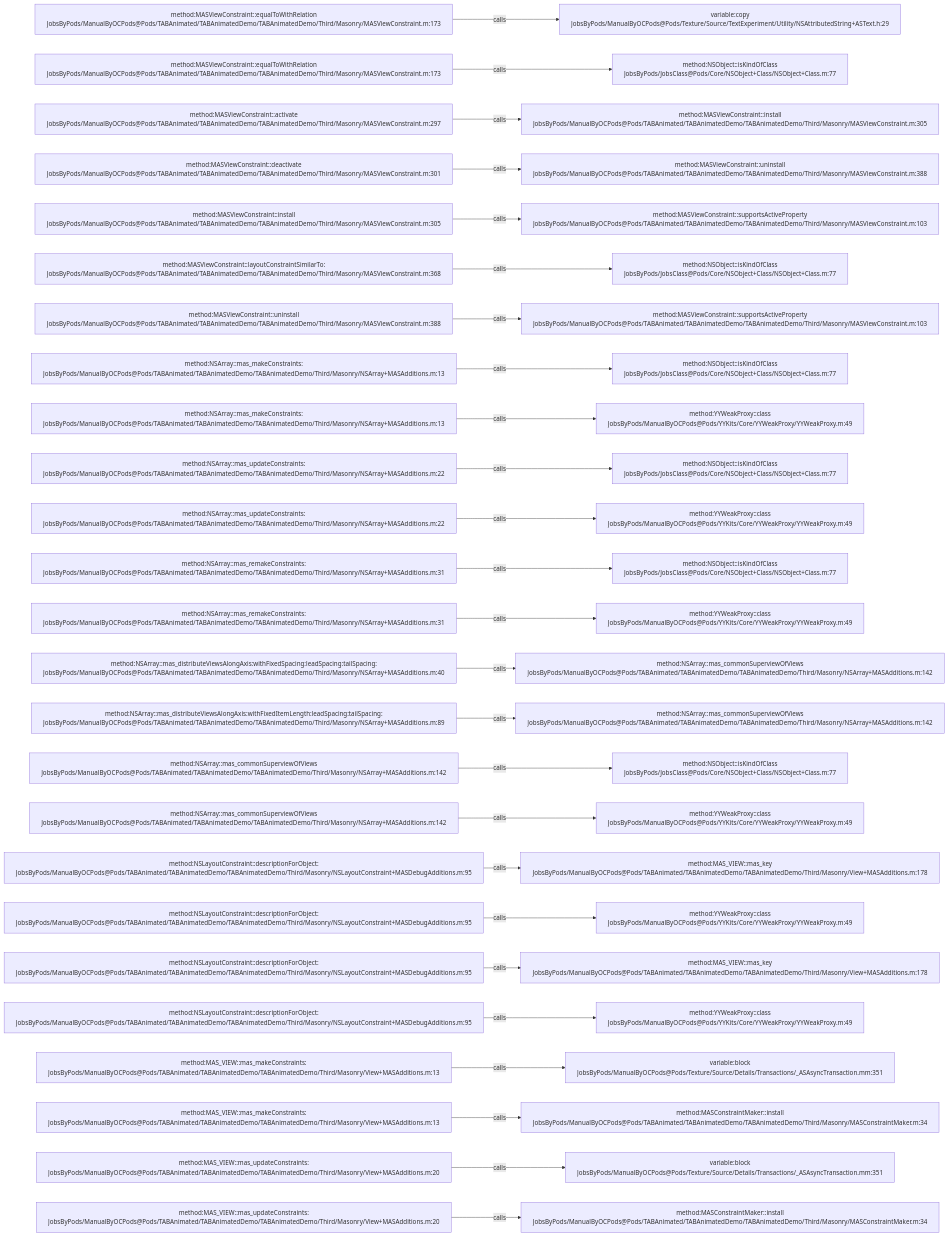
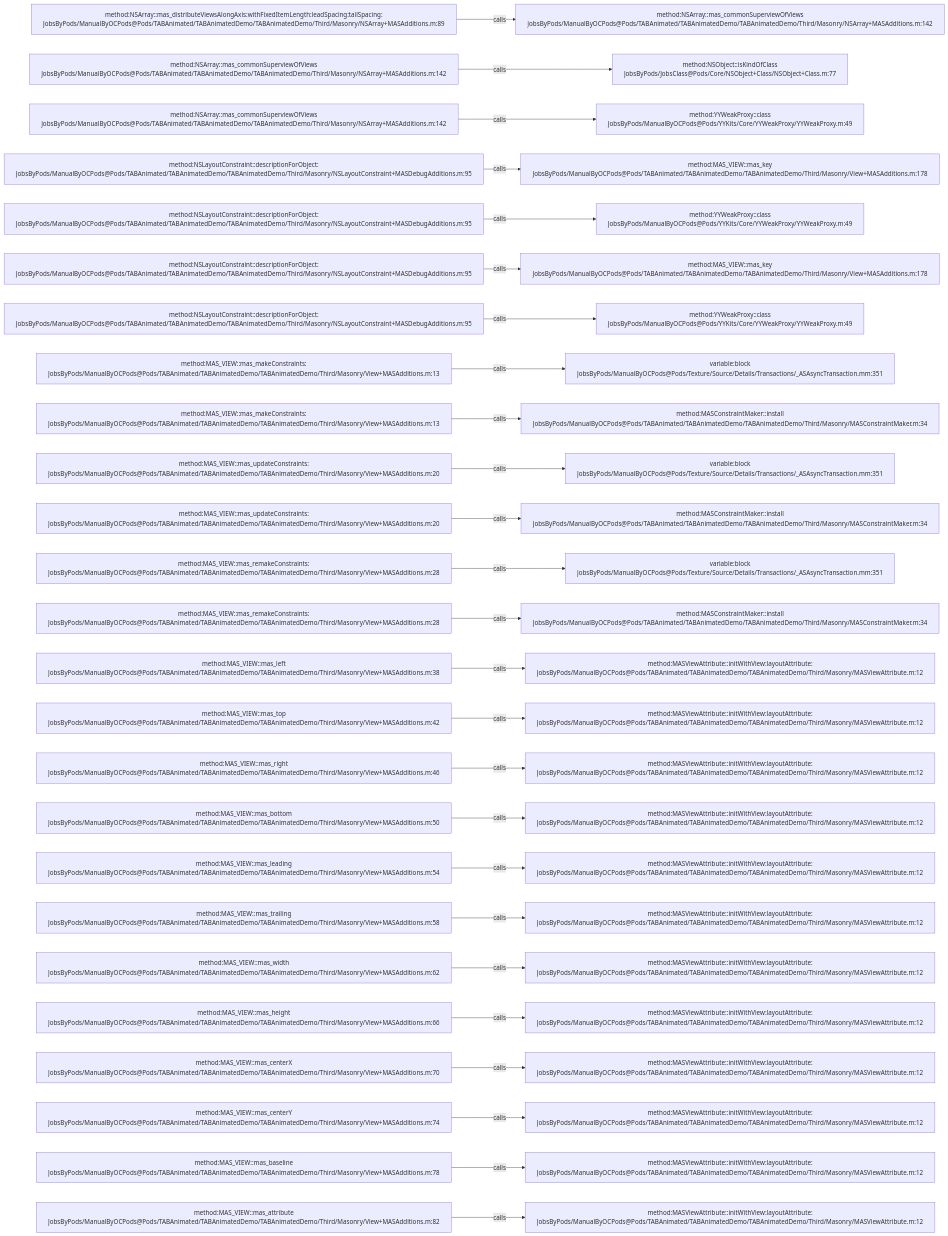
One commit to JobsKits/JobsOCBaseConfigDemo changed the diagram in .codegraph/codegraph.md/graphs/calls-047.md. Above: the diagram before and after it, drawn with Mermaid. The commit also changed 296 other files, not shown here.

````diff
--- a/.codegraph/codegraph.md/graphs/calls-047.md
+++ b/.codegraph/codegraph.md/graphs/calls-047.md
@@ -13,78 +13,78 @@
 ```mermaid
 flowchart LR
-  S1["method:MASViewConstraint::equalToWithRelation<br/>JobsByPods/ManualByOCPods@Pods/TABAnimated/TABAnimatedDemo/TABAnimatedDemo/Third/Masonry/MASViewConstraint.m:173"]
-  T1["variable:copy<br/>JobsByPods/ManualByOCPods@Pods/Texture/Source/TextExperiment/Utility/NSAttributedString+ASText.h:29"]
+  S1["method:NSArray::mas_distributeViewsAlongAxis:withFixedItemLength:leadSpacing:tailSpacing:<br/>JobsByPods/ManualByOCPods@Pods/TABAnimated/TABAnimatedDemo/TABAnimatedDemo/Third/Masonry/NSArray+MASAdditions.m:89"]
+  T1["method:NSArray::mas_commonSuperviewOfViews<br/>JobsByPods/ManualByOCPods@Pods/TABAnimated/TABAnimatedDemo/TABAnimatedDemo/Third/Masonry/NSArray+MASAdditions.m:142"]
   S1 -->|calls| T1
-  S2["method:MASViewConstraint::equalToWithRelation<br/>JobsByPods/ManualByOCPods@Pods/TABAnimated/TABAnimatedDemo/TABAnimatedDemo/Third/Masonry/MASViewConstraint.m:173"]
+  S2["method:NSArray::mas_commonSuperviewOfViews<br/>JobsByPods/ManualByOCPods@Pods/TABAnimated/TABAnimatedDemo/TABAnimatedDemo/Third/Masonry/NSArray+MASAdditions.m:142"]
   T2["method:NSObject::isKindOfClass<br/>JobsByPods/JobsClass@Pods/Core/NSObject+Class/NSObject+Class.m:77"]
   S2 -->|calls| T2
-  S3["method:MASViewConstraint::activate<br/>JobsByPods/ManualByOCPods@Pods/TABAnimated/TABAnimatedDemo/TABAnimatedDemo/Third/Masonry/MASViewConstraint.m:297"]
-  T3["method:MASViewConstraint::install<br/>JobsByPods/ManualByOCPods@Pods/TABAnimated/TABAnimatedDemo/TABAnimatedDemo/Third/Masonry/MASViewConstraint.m:305"]
+  S3["method:NSArray::mas_commonSuperviewOfViews<br/>JobsByPods/ManualByOCPods@Pods/TABAnimated/TABAnimatedDemo/TABAnimatedDemo/Third/Masonry/NSArray+MASAdditions.m:142"]
+  T3["method:YYWeakProxy::class<br/>JobsByPods/ManualByOCPods@Pods/YYKits/Core/YYWeakProxy/YYWeakProxy.m:49"]
   S3 -->|calls| T3
-  S4["method:MASViewConstraint::deactivate<br/>JobsByPods/ManualByOCPods@Pods/TABAnimated/TABAnimatedDemo/TABAnimatedDemo/Third/Masonry/MASViewConstraint.m:301"]
-  T4["method:MASViewConstraint::uninstall<br/>JobsByPods/ManualByOCPods@Pods/TABAnimated/TABAnimatedDemo/TABAnimatedDemo/Third/Masonry/MASViewConstraint.m:388"]
+  S4["method:NSLayoutConstraint::descriptionForObject:<br/>JobsByPods/ManualByOCPods@Pods/TABAnimated/TABAnimatedDemo/TABAnimatedDemo/Third/Masonry/NSLayoutConstraint+MASDebugAdditions.m:95"]
+  T4["method:MAS_VIEW::mas_key<br/>JobsByPods/ManualByOCPods@Pods/TABAnimated/TABAnimatedDemo/TABAnimatedDemo/Third/Masonry/View+MASAdditions.m:178"]
   S4 -->|calls| T4
-  S5["method:MASViewConstraint::install<br/>JobsByPods/ManualByOCPods@Pods/TABAnimated/TABAnimatedDemo/TABAnimatedDemo/Third/Masonry/MASViewConstraint.m:305"]
-  T5["method:MASViewConstraint::supportsActiveProperty<br/>JobsByPods/ManualByOCPods@Pods/TABAnimated/TABAnimatedDemo/TABAnimatedDemo/Third/Masonry/MASViewConstraint.m:103"]
+  S5["method:NSLayoutConstraint::descriptionForObject:<br/>JobsByPods/ManualByOCPods@Pods/TABAnimated/TABAnimatedDemo/TABAnimatedDemo/Third/Masonry/NSLayoutConstraint+MASDebugAdditions.m:95"]
+  T5["method:YYWeakProxy::class<br/>JobsByPods/ManualByOCPods@Pods/YYKits/Core/YYWeakProxy/YYWeakProxy.m:49"]
   S5 -->|calls| T5
-  S6["method:MASViewConstraint::layoutConstraintSimilarTo:<br/>JobsByPods/ManualByOCPods@Pods/TABAnimated/TABAnimatedDemo/TABAnimatedDemo/Third/Masonry/MASViewConstraint.m:368"]
-  T6["method:NSObject::isKindOfClass<br/>JobsByPods/JobsClass@Pods/Core/NSObject+Class/NSObject+Class.m:77"]
+  S6["method:NSLayoutConstraint::descriptionForObject:<br/>JobsByPods/ManualByOCPods@Pods/TABAnimated/TABAnimatedDemo/TABAnimatedDemo/Third/Masonry/NSLayoutConstraint+MASDebugAdditions.m:95"]
+  T6["method:MAS_VIEW::mas_key<br/>JobsByPods/ManualByOCPods@Pods/TABAnimated/TABAnimatedDemo/TABAnimatedDemo/Third/Masonry/View+MASAdditions.m:178"]
   S6 -->|calls| T6
-  S7["method:MASViewConstraint::uninstall<br/>JobsByPods/ManualByOCPods@Pods/TABAnimated/TABAnimatedDemo/TABAnimatedDemo/Third/Masonry/MASViewConstraint.m:388"]
-  T7["method:MASViewConstraint::supportsActiveProperty<br/>JobsByPods/ManualByOCPods@Pods/TABAnimated/TABAnimatedDemo/TABAnimatedDemo/Third/Masonry/MASViewConstraint.m:103"]
+  S7["method:NSLayoutConstraint::descriptionForObject:<br/>JobsByPods/ManualByOCPods@Pods/TABAnimated/TABAnimatedDemo/TABAnimatedDemo/Third/Masonry/NSLayoutConstraint+MASDebugAdditions.m:95"]
+  T7["method:YYWeakProxy::class<br/>JobsByPods/ManualByOCPods@Pods/YYKits/Core/YYWeakProxy/YYWeakProxy.m:49"]
   S7 -->|calls| T7
-  S8["method:NSArray::mas_makeConstraints:<br/>JobsByPods/ManualByOCPods@Pods/TABAnimated/TABAnimatedDemo/TABAnimatedDemo/Third/Masonry/NSArray+MASAdditions.m:13"]
-  T8["method:NSObject::isKindOfClass<br/>JobsByPods/JobsClass@Pods/Core/NSObject+Class/NSObject+Class.m:77"]
+  S8["method:MAS_VIEW::mas_makeConstraints:<br/>JobsByPods/ManualByOCPods@Pods/TABAnimated/TABAnimatedDemo/TABAnimatedDemo/Third/Masonry/View+MASAdditions.m:13"]
+  T8["variable:block<br/>JobsByPods/ManualByOCPods@Pods/Texture/Source/Details/Transactions/_ASAsyncTransaction.mm:351"]
   S8 -->|calls| T8
-  S9["method:NSArray::mas_makeConstraints:<br/>JobsByPods/ManualByOCPods@Pods/TABAnimated/TABAnimatedDemo/TABAnimatedDemo/Third/Masonry/NSArray+MASAdditions.m:13"]
-  T9["method:YYWeakProxy::class<br/>JobsByPods/ManualByOCPods@Pods/YYKits/Core/YYWeakProxy/YYWeakProxy.m:49"]
+  S9["method:MAS_VIEW::mas_makeConstraints:<br/>JobsByPods/ManualByOCPods@Pods/TABAnimated/TABAnimatedDemo/TABAnimatedDemo/Third/Masonry/View+MASAdditions.m:13"]
+  T9["method:MASConstraintMaker::install<br/>JobsByPods/ManualByOCPods@Pods/TABAnimated/TABAnimatedDemo/TABAnimatedDemo/Third/Masonry/MASConstraintMaker.m:34"]
   S9 -->|calls| T9
-  S10["method:NSArray::mas_updateConstraints:<br/>JobsByPods/ManualByOCPods@Pods/TABAnimated/TABAnimatedDemo/TABAnimatedDemo/Third/Masonry/NSArray+MASAdditions.m:22"]
-  T10["method:NSObject::isKindOfClass<br/>JobsByPods/JobsClass@Pods/Core/NSObject+Class/NSObject+Class.m:77"]
+  S10["method:MAS_VIEW::mas_updateConstraints:<br/>JobsByPods/ManualByOCPods@Pods/TABAnimated/TABAnimatedDemo/TABAnimatedDemo/Third/Masonry/View+MASAdditions.m:20"]
+  T10["variable:block<br/>JobsByPods/ManualByOCPods@Pods/Texture/Source/Details/Transactions/_ASAsyncTransaction.mm:351"]
   S10 -->|calls| T10
-  S11["method:NSArray::mas_updateConstraints:<br/>JobsByPods/ManualByOCPods@Pods/TABAnimated/TABAnimatedDemo/TABAnimatedDemo/Third/Masonry/NSArray+MASAdditions.m:22"]
-  T11["method:YYWeakProxy::class<br/>JobsByPods/ManualByOCPods@Pods/YYKits/Core/YYWeakProxy/YYWeakProxy.m:49"]
+  S11["method:MAS_VIEW::mas_updateConstraints:<br/>JobsByPods/ManualByOCPods@Pods/TABAnimated/TABAnimatedDemo/TABAnimatedDemo/Third/Masonry/View+MASAdditions.m:20"]
+  T11["method:MASConstraintMaker::install<br/>JobsByPods/ManualByOCPods@Pods/TABAnimated/TABAnimatedDemo/TABAnimatedDemo/Third/Masonry/MASConstraintMaker.m:34"]
   S11 -->|calls| T11
-  S12["method:NSArray::mas_remakeConstraints:<br/>JobsByPods/ManualByOCPods@Pods/TABAnimated/TABAnimatedDemo/TABAnimatedDemo/Third/Masonry/NSArray+MASAdditions.m:31"]
-  T12["method:NSObject::isKindOfClass<br/>JobsByPods/JobsClass@Pods/Core/NSObject+Class/NSObject+Class.m:77"]
+  S12["method:MAS_VIEW::mas_remakeConstraints:<br/>JobsByPods/ManualByOCPods@Pods/TABAnimated/TABAnimatedDemo/TABAnimatedDemo/Third/Masonry/View+MASAdditions.m:28"]
+  T12["variable:block<br/>JobsByPods/ManualByOCPods@Pods/Texture/Source/Details/Transactions/_ASAsyncTransaction.mm:351"]
   S12 -->|calls| T12
-  S13["method:NSArray::mas_remakeConstraints:<br/>JobsByPods/ManualByOCPods@Pods/TABAnimated/TABAnimatedDemo/TABAnimatedDemo/Third/Masonry/NSArray+MASAdditions.m:31"]
-  T13["method:YYWeakProxy::class<br/>JobsByPods/ManualByOCPods@Pods/YYKits/Core/YYWeakProxy/YYWeakProxy.m:49"]
+  S13["method:MAS_VIEW::mas_remakeConstraints:<br/>JobsByPods/ManualByOCPods@Pods/TABAnimated/TABAnimatedDemo/TABAnimatedDemo/Third/Masonry/View+MASAdditions.m:28"]
+  T13["method:MASConstraintMaker::install<br/>JobsByPods/ManualByOCPods@Pods/TABAnimated/TABAnimatedDemo/TABAnimatedDemo/Third/Masonry/MASConstraintMaker.m:34"]
   S13 -->|calls| T13
-  S14["method:NSArray::mas_distributeViewsAlongAxis:withFixedSpacing:leadSpacing:tailSpacing:<br/>JobsByPods/ManualByOCPods@Pods/TABAnimated/TABAnimatedDemo/TABAnimatedDemo/Third/Masonry/NSArray+MASAdditions.m:40"]
-  T14["method:NSArray::mas_commonSuperviewOfViews<br/>JobsByPods/ManualByOCPods@Pods/TABAnimated/TABAnimatedDemo/TABAnimatedDemo/Third/Masonry/NSArray+MASAdditions.m:142"]
+  S14["method:MAS_VIEW::mas_left<br/>JobsByPods/ManualByOCPods@Pods/TABAnimated/TABAnimatedDemo/TABAnimatedDemo/Third/Masonry/View+MASAdditions.m:38"]
+  T14["method:MASViewAttribute::initWithView:layoutAttribute:<br/>JobsByPods/ManualByOCPods@Pods/TABAnimated/TABAnimatedDemo/TABAnimatedDemo/Third/Masonry/MASViewAttribute.m:12"]
   S14 -->|calls| T14
-  S15["method:NSArray::mas_distributeViewsAlongAxis:withFixedItemLength:leadSpacing:tailSpacing:<br/>JobsByPods/ManualByOCPods@Pods/TABAnimated/TABAnimatedDemo/TABAnimatedDemo/Third/Masonry/NSArray+MASAdditions.m:89"]
-  T15["method:NSArray::mas_commonSuperviewOfViews<br/>JobsByPods/ManualByOCPods@Pods/TABAnimated/TABAnimatedDemo/TABAnimatedDemo/Third/Masonry/NSArray+MASAdditions.m:142"]
+  S15["method:MAS_VIEW::mas_top<br/>JobsByPods/ManualByOCPods@Pods/TABAnimated/TABAnimatedDemo/TABAnimatedDemo/Third/Masonry/View+MASAdditions.m:42"]
+  T15["method:MASViewAttribute::initWithView:layoutAttribute:<br/>JobsByPods/ManualByOCPods@Pods/TABAnimated/TABAnimatedDemo/TABAnimatedDemo/Third/Masonry/MASViewAttribute.m:12"]
   S15 -->|calls| T15
-  S16["method:NSArray::mas_commonSuperviewOfViews<br/>JobsByPods/ManualByOCPods@Pods/TABAnimated/TABAnimatedDemo/TABAnimatedDemo/Third/Masonry/NSArray+MASAdditions.m:142"]
-  T16["method:NSObject::isKindOfClass<br/>JobsByPods/JobsClass@Pods/Core/NSObject+Class/NSObject+Class.m:77"]
+  S16["method:MAS_VIEW::mas_right<br/>JobsByPods/ManualByOCPods@Pods/TABAnimated/TABAnimatedDemo/TABAnimatedDemo/Third/Masonry/View+MASAdditions.m:46"]
+  T16["method:MASViewAttribute::initWithView:layoutAttribute:<br/>JobsByPods/ManualByOCPods@Pods/TABAnimated/TABAnimatedDemo/TABAnimatedDemo/Third/Masonry/MASViewAttribute.m:12"]
   S16 -->|calls| T16
-  S17["method:NSArray::mas_commonSuperviewOfViews<br/>JobsByPods/ManualByOCPods@Pods/TABAnimated/TABAnimatedDemo/TABAnimatedDemo/Third/Masonry/NSArray+MASAdditions.m:142"]
-  T17["method:YYWeakProxy::class<br/>JobsByPods/ManualByOCPods@Pods/YYKits/Core/YYWeakProxy/YYWeakProxy.m:49"]
+  S17["method:MAS_VIEW::mas_bottom<br/>JobsByPods/ManualByOCPods@Pods/TABAnimated/TABAnimatedDemo/TABAnimatedDemo/Third/Masonry/View+MASAdditions.m:50"]
+  T17["method:MASViewAttribute::initWithView:layoutAttribute:<br/>JobsByPods/ManualByOCPods@Pods/TABAnimated/TABAnimatedDemo/TABAnimatedDemo/Third/Masonry/MASViewAttribute.m:12"]
   S17 -->|calls| T17
-  S18["method:NSLayoutConstraint::descriptionForObject:<br/>JobsByPods/ManualByOCPods@Pods/TABAnimated/TABAnimatedDemo/TABAnimatedDemo/Third/Masonry/NSLayoutConstraint+MASDebugAdditions.m:95"]
-  T18["method:MAS_VIEW::mas_key<br/>JobsByPods/ManualByOCPods@Pods/TABAnimated/TABAnimatedDemo/TABAnimatedDemo/Third/Masonry/View+MASAdditions.m:178"]
+  S18["method:MAS_VIEW::mas_leading<br/>JobsByPods/ManualByOCPods@Pods/TABAnimated/TABAnimatedDemo/TABAnimatedDemo/Third/Masonry/View+MASAdditions.m:54"]
+  T18["method:MASViewAttribute::initWithView:layoutAttribute:<br/>JobsByPods/ManualByOCPods@Pods/TABAnimated/TABAnimatedDemo/TABAnimatedDemo/Third/Masonry/MASViewAttribute.m:12"]
   S18 -->|calls| T18
-  S19["method:NSLayoutConstraint::descriptionForObject:<br/>JobsByPods/ManualByOCPods@Pods/TABAnimated/TABAnimatedDemo/TABAnimatedDemo/Third/Masonry/NSLayoutConstraint+MASDebugAdditions.m:95"]
-  T19["method:YYWeakProxy::class<br/>JobsByPods/ManualByOCPods@Pods/YYKits/Core/YYWeakProxy/YYWeakProxy.m:49"]
+  S19["method:MAS_VIEW::mas_trailing<br/>JobsByPods/ManualByOCPods@Pods/TABAnimated/TABAnimatedDemo/TABAnimatedDemo/Third/Masonry/View+MASAdditions.m:58"]
+  T19["method:MASViewAttribute::initWithView:layoutAttribute:<br/>JobsByPods/ManualByOCPods@Pods/TABAnimated/TABAnimatedDemo/TABAnimatedDemo/Third/Masonry/MASViewAttribute.m:12"]
   S19 -->|calls| T19
-  S20["method:NSLayoutConstraint::descriptionForObject:<br/>JobsByPods/ManualByOCPods@Pods/TABAnimated/TABAnimatedDemo/TABAnimatedDemo/Third/Masonry/NSLayoutConstraint+MASDebugAdditions.m:95"]
-  T20["method:MAS_VIEW::mas_key<br/>JobsByPods/ManualByOCPods@Pods/TABAnimated/TABAnimatedDemo/TABAnimatedDemo/Third/Masonry/View+MASAdditions.m:178"]
+  S20["method:MAS_VIEW::mas_width<br/>JobsByPods/ManualByOCPods@Pods/TABAnimated/TABAnimatedDemo/TABAnimatedDemo/Third/Masonry/View+MASAdditions.m:62"]
+  T20["method:MASViewAttribute::initWithView:layoutAttribute:<br/>JobsByPods/ManualByOCPods@Pods/TABAnimated/TABAnimatedDemo/TABAnimatedDemo/Third/Masonry/MASViewAttribute.m:12"]
   S20 -->|calls| T20
-  S21["method:NSLayoutConstraint::descriptionForObject:<br/>JobsByPods/ManualByOCPods@Pods/TABAnimated/TABAnimatedDemo/TABAnimatedDemo/Third/Masonry/NSLayoutConstraint+MASDebugAdditions.m:95"]
-  T21["method:YYWeakProxy::class<br/>JobsByPods/ManualByOCPods@Pods/YYKits/Core/YYWeakProxy/YYWeakProxy.m:49"]
+  S21["method:MAS_VIEW::mas_height<br/>JobsByPods/ManualByOCPods@Pods/TABAnimated/TABAnimatedDemo/TABAnimatedDemo/Third/Masonry/View+MASAdditions.m:66"]
+  T21["method:MASViewAttribute::initWithView:layoutAttribute:<br/>JobsByPods/ManualByOCPods@Pods/TABAnimated/TABAnimatedDemo/TABAnimatedDemo/Third/Masonry/MASViewAttribute.m:12"]
   S21 -->|calls| T21
-  S22["method:MAS_VIEW::mas_makeConstraints:<br/>JobsByPods/ManualByOCPods@Pods/TABAnimated/TABAnimatedDemo/TABAnimatedDemo/Third/Masonry/View+MASAdditions.m:13"]
-  T22["variable:block<br/>JobsByPods/ManualByOCPods@Pods/Texture/Source/Details/Transactions/_ASAsyncTransaction.mm:351"]
+  S22["method:MAS_VIEW::mas_centerX<br/>JobsByPods/ManualByOCPods@Pods/TABAnimated/TABAnimatedDemo/TABAnimatedDemo/Third/Masonry/View+MASAdditions.m:70"]
+  T22["method:MASViewAttribute::initWithView:layoutAttribute:<br/>JobsByPods/ManualByOCPods@Pods/TABAnimated/TABAnimatedDemo/TABAnimatedDemo/Third/Masonry/MASViewAttribute.m:12"]
   S22 -->|calls| T22
-  S23["method:MAS_VIEW::mas_makeConstraints:<br/>JobsByPods/ManualByOCPods@Pods/TABAnimated/TABAnimatedDemo/TABAnimatedDemo/Third/Masonry/View+MASAdditions.m:13"]
-  T23["method:MASConstraintMaker::install<br/>JobsByPods/ManualByOCPods@Pods/TABAnimated/TABAnimatedDemo/TABAnimatedDemo/Third/Masonry/MASConstraintMaker.m:34"]
+  S23["method:MAS_VIEW::mas_centerY<br/>JobsByPods/ManualByOCPods@Pods/TABAnimated/TABAnimatedDemo/TABAnimatedDemo/Third/Masonry/View+MASAdditions.m:74"]
+  T23["method:MASViewAttribute::initWithView:layoutAttribute:<br/>JobsByPods/ManualByOCPods@Pods/TABAnimated/TABAnimatedDemo/TABAnimatedDemo/Third/Masonry/MASViewAttribute.m:12"]
   S23 -->|calls| T23
-  S24["method:MAS_VIEW::mas_updateConstraints:<br/>JobsByPods/ManualByOCPods@Pods/TABAnimated/TABAnimatedDemo/TABAnimatedDemo/Third/Masonry/View+MASAdditions.m:20"]
-  T24["variable:block<br/>JobsByPods/ManualByOCPods@Pods/Texture/Source/Details/Transactions/_ASAsyncTransaction.mm:351"]
+  S24["method:MAS_VIEW::mas_baseline<br/>JobsByPods/ManualByOCPods@Pods/TABAnimated/TABAnimatedDemo/TABAnimatedDemo/Third/Masonry/View+MASAdditions.m:78"]
+  T24["method:MASViewAttribute::initWithView:layoutAttribute:<br/>JobsByPods/ManualByOCPods@Pods/TABAnimated/TABAnimatedDemo/TABAnimatedDemo/Third/Masonry/MASViewAttribute.m:12"]
   S24 -->|calls| T24
-  S25["method:MAS_VIEW::mas_updateConstraints:<br/>JobsByPods/ManualByOCPods@Pods/TABAnimated/TABAnimatedDemo/TABAnimatedDemo/Third/Masonry/View+MASAdditions.m:20"]
-  T25["method:MASConstraintMaker::install<br/>JobsByPods/ManualByOCPods@Pods/TABAnimated/TABAnimatedDemo/TABAnimatedDemo/Third/Masonry/MASConstraintMaker.m:34"]
+  S25["method:MAS_VIEW::mas_attribute<br/>JobsByPods/ManualByOCPods@Pods/TABAnimated/TABAnimatedDemo/TABAnimatedDemo/Third/Masonry/View+MASAdditions.m:82"]
+  T25["method:MASViewAttribute::initWithView:layoutAttribute:<br/>JobsByPods/ManualByOCPods@Pods/TABAnimated/TABAnimatedDemo/TABAnimatedDemo/Third/Masonry/MASViewAttribute.m:12"]
   S25 -->|calls| T25
 ```
````
